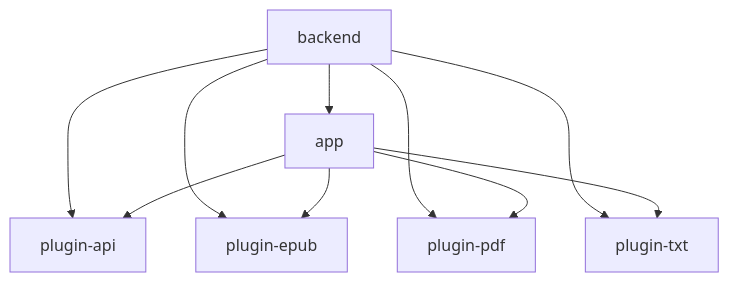
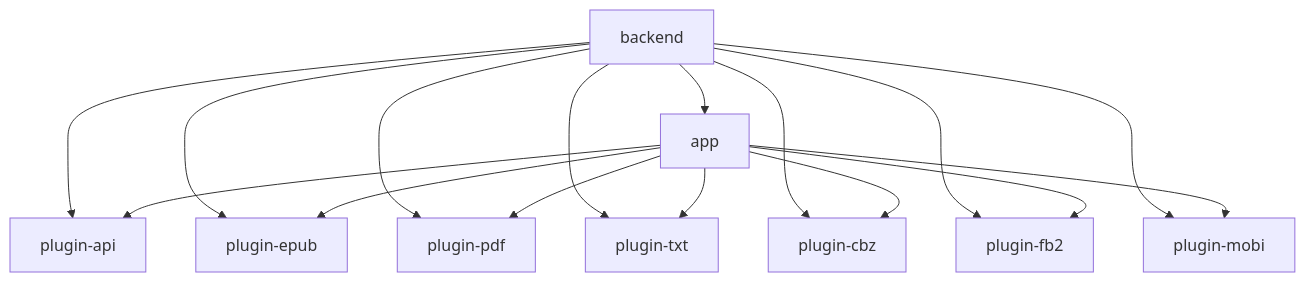
One commit to mini2436/Books changed the first of 3 diagrams in docs/后端架构文档.md. Above: the diagram before and after it, drawn with Mermaid. The commit also changed other lines of this file and 55 other files, not shown here.

````diff
--- a/docs/后端架构文档.md
+++ b/docs/后端架构文档.md
@@ -11,12 +11,18 @@
 ```mermaid
 flowchart TD
     A[backend] --> B[app]
     A --> C[plugin-api]
     A --> D[plugin-epub]
     A --> E[plugin-pdf]
     A --> F[plugin-txt]
+    A --> G[plugin-cbz]
+    A --> H[plugin-fb2]
+    A --> I[plugin-mobi]
     B --> C
     B --> D
     B --> E
     B --> F
+    B --> G
+    B --> H
+    B --> I
 ```
````
